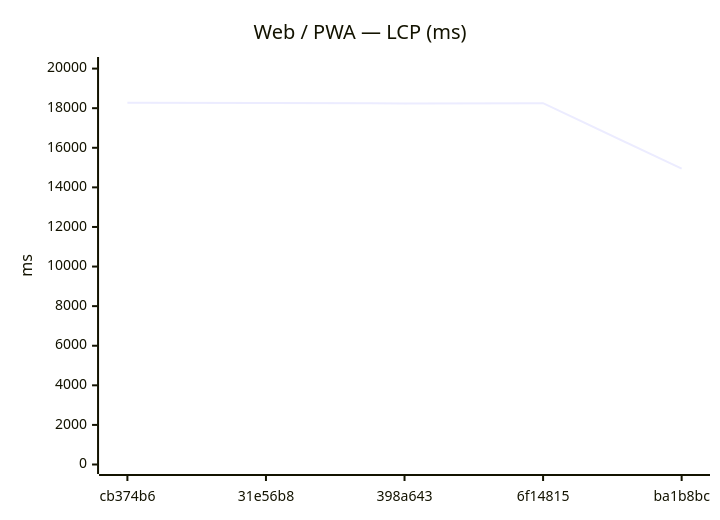
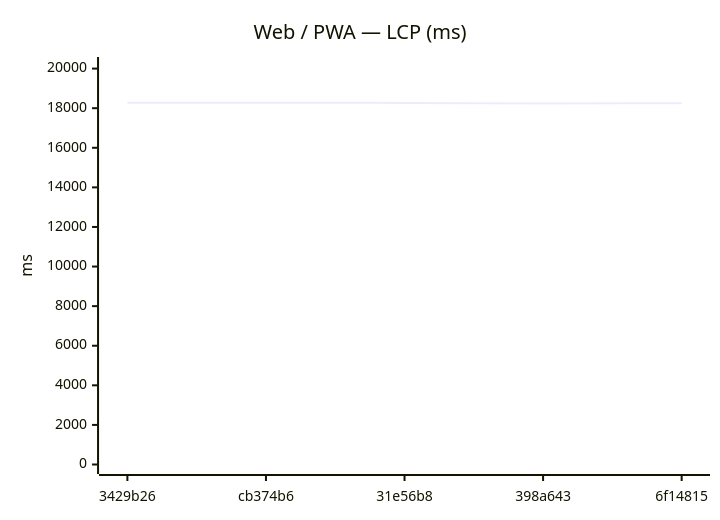
One commit to Metaheurist/Rianell changed the seventh of 18 diagrams in benchmarks/compare.md. Above: the diagram before and after it, drawn with Mermaid. The commit also changed other lines of this file and 11 other files, not shown here.

````diff
--- a/benchmarks/compare.md
+++ b/benchmarks/compare.md
@@ -117,7 +117,7 @@
 ```mermaid
 xychart-beta
     title "Web / PWA — LCP (ms)"
-    x-axis ["cb374b6", "31e56b8", "398a643", "6f14815", "ba1b8bc"]
+    x-axis ["3429b26", "cb374b6", "31e56b8", "398a643", "6f14815"]
     y-axis "ms" 0 --> 20106
-    line [18278, 18267, 18242, 18254, 14947]
+    line [18270, 18278, 18267, 18242, 18254]
 ```
````
